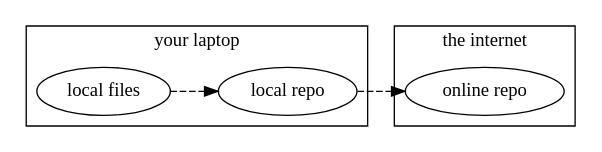
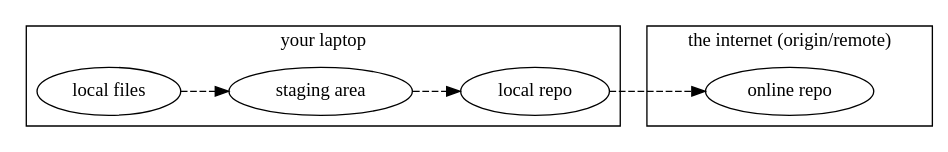
Before and after one commit to wexlergroup/git-recite-slides: the diagram in index.qmd, drawn with Graphviz. The commit also changed other lines of this file and 1 other file, not shown here.

````diff
--- a/index.qmd
+++ b/index.qmd
@@ -37,21 +37,21 @@
 ```{dot}
 digraph {
   rankdir=LR;
   edge [ style=dashed ];
 
-  node [ fontname="Handlee" ];
+  // node [ fontname="Handlee" ];
   subgraph cluster_frontend {
     label="your laptop";
-    "local files" -> "local repo"
+    "local files" ->"staging area" -> "local repo";
   }
       
   subgraph cluster_backend {
     
-    label="the internet";
+    label="the internet (origin/remote)";
     "online repo";
   }
 
   "local repo" -> "online repo";
   
 }
 ```
````
